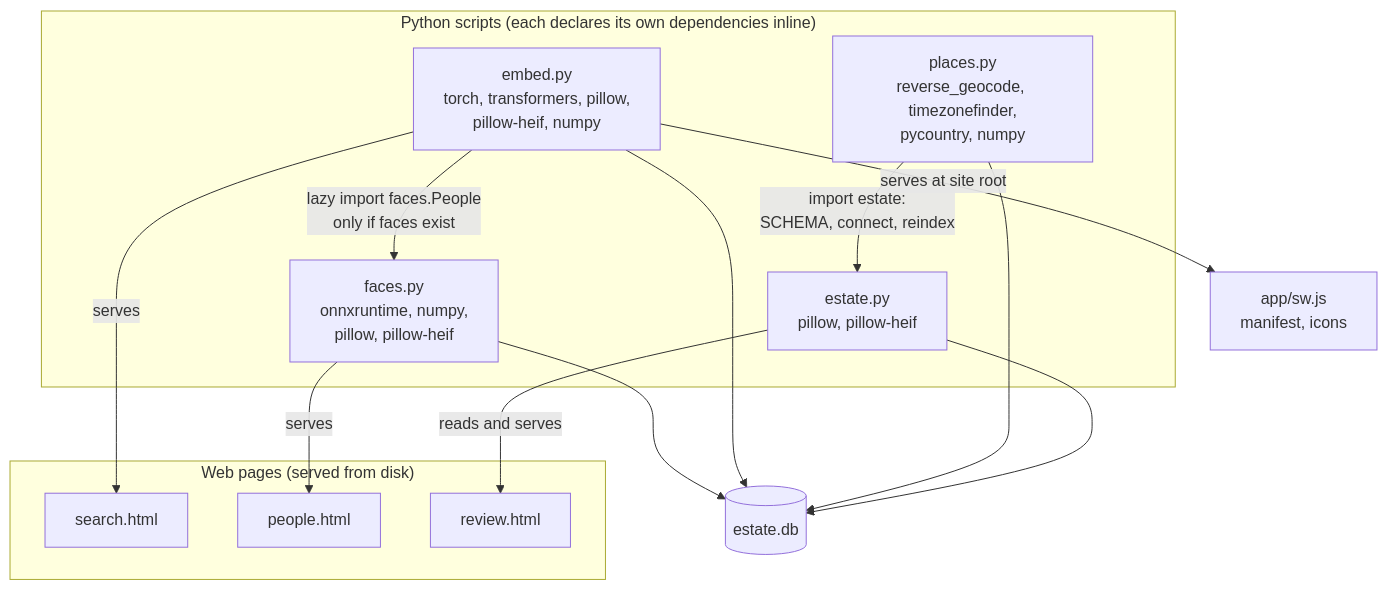
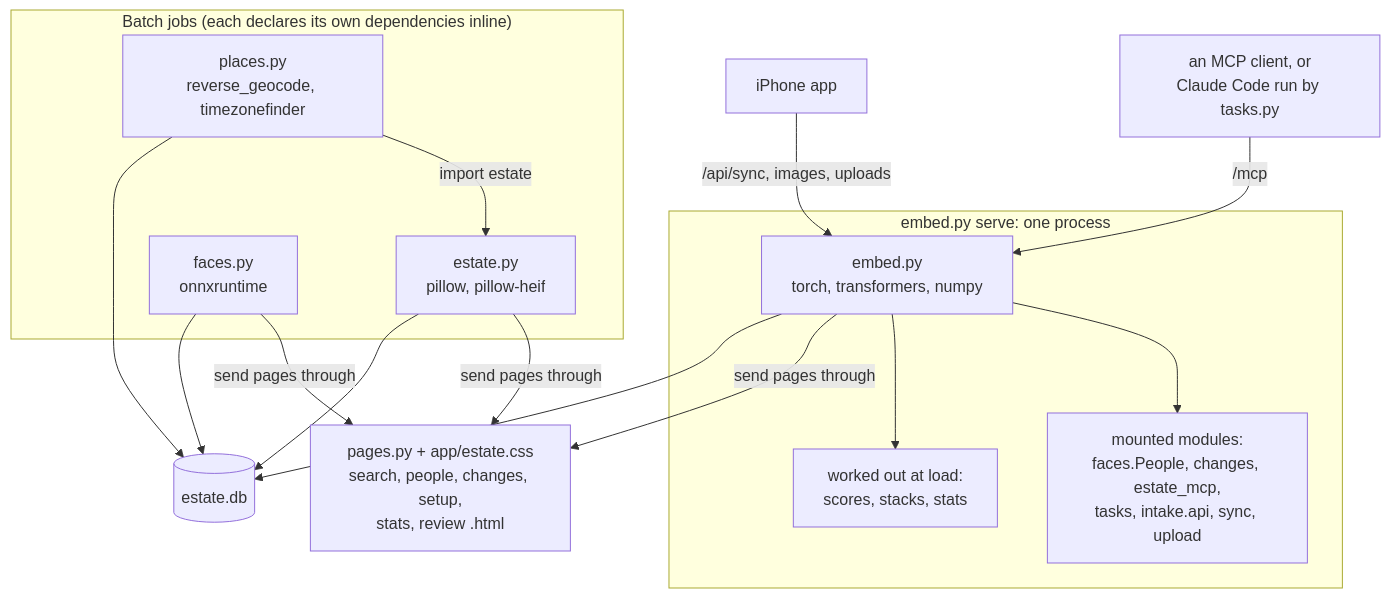
The second of 2 diagrams in docs/book/02-code-tour.md (jflam/photo-estate), drawn with Mermaid before and after one commit. The commit also changed other lines of this file and 36 other files, not shown here.

First line of the commit message:
Docs: audit against the code, reorganize, fresh line counts, and how it is built with Claude

````diff
--- a/docs/book/02-code-tour.md
+++ b/docs/book/02-code-tour.md
@@ -150,24 +165,24 @@
 ```mermaid
 flowchart TD
-    subgraph scripts["Python scripts (each declares its own dependencies inline)"]
+    subgraph batch["Batch jobs (each declares its own dependencies inline)"]
       EST["estate.py<br/>pillow, pillow-heif"]
-      PLC["places.py<br/>reverse_geocode, timezonefinder,<br/>pycountry, numpy"]
-      EMB["embed.py<br/>torch, transformers, pillow,<br/>pillow-heif, numpy"]
-      FAC["faces.py<br/>onnxruntime, numpy,<br/>pillow, pillow-heif"]
+      PLC["places.py<br/>reverse_geocode, timezonefinder"]
+      FAC["faces.py<br/>onnxruntime"]
     end
-    subgraph pages["Web pages (served from disk)"]
-      SH["search.html"]
-      PH["people.html"]
-      RH["review.html"]
+    subgraph server["embed.py serve: one process"]
+      EMB["embed.py<br/>torch, transformers, numpy"]
+      MODS["mounted modules:<br/>faces.People, changes, estate_mcp,<br/>tasks, intake.api, sync, upload"]
+      LOAD["worked out at load:<br/>scores, stacks, stats"]
     end
-    SW["app/sw.js<br/>manifest, icons"]
+    PAGES["pages.py + app/estate.css<br/>search, people, changes, setup,<br/>stats, review .html"]
     DB[("estate.db")]
+    PHONE["iPhone app"]
+    AGENT["an MCP client, or<br/>Claude Code run by tasks.py"]
 
-    PLC -->|"import estate:<br/>SCHEMA, connect, reindex"| EST
-    EMB -->|"lazy import faces.People<br/>only if faces exist"| FAC
-    EST -->|"reads and serves"| RH
-    EMB -->|"serves"| SH
-    EMB -->|"serves at site root"| SW
-    FAC -->|"serves"| PH
-    EST & PLC & EMB & FAC --> DB
+    PLC -->|"import estate"| EST
+    EMB --> MODS & LOAD
+    EST & FAC & EMB -->|"send pages through"| PAGES
+    EST & PLC & FAC & EMB --> DB
+    PHONE -->|"/api/sync, images, uploads"| EMB
+    AGENT -->|"/mcp"| EMB
 ```
````
